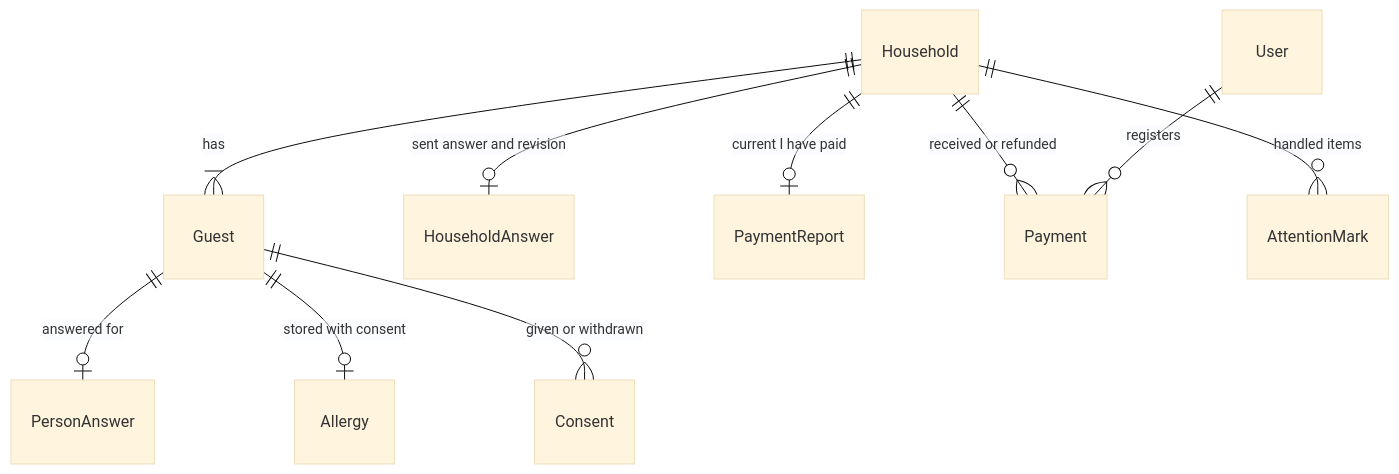
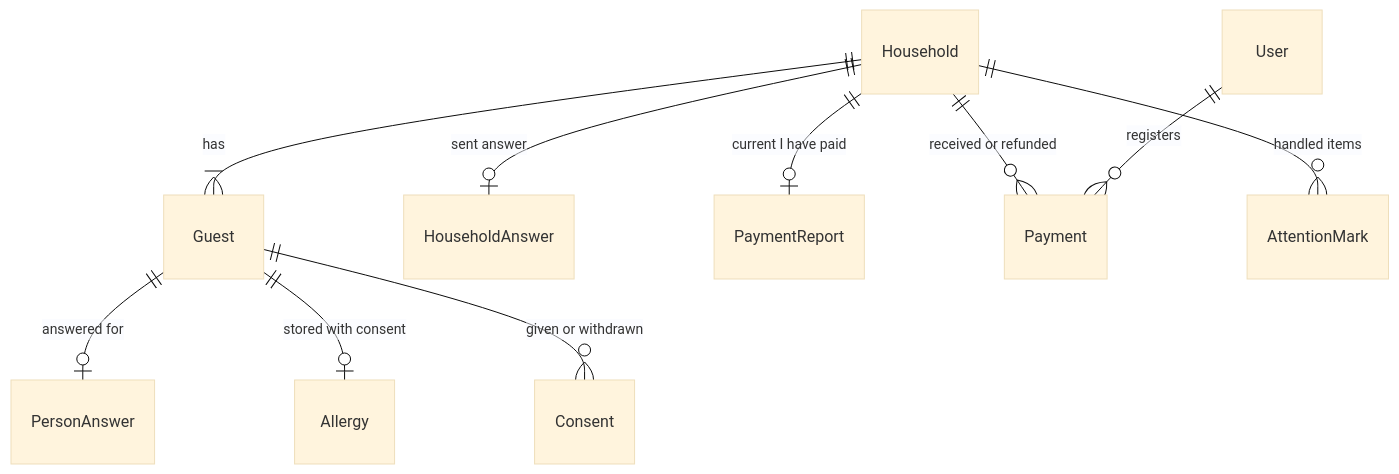
Before and after one commit to IBE160-2026/G26-dvergsdal: the second of 3 diagrams in .docs/planning-artifacts/architecture/architecture-aill-handle-it-2026-11-16/ARCHITECTURE-SPINE.md, drawn with Mermaid (base theme). The commit also changed other lines of this file and 1 other file, not shown here.

````diff
--- a/.docs/planning-artifacts/architecture/architecture-aill-handle-it-2026-11-16/ARCHITECTURE-SPINE.md
+++ b/.docs/planning-artifacts/architecture/architecture-aill-handle-it-2026-11-16/ARCHITECTURE-SPINE.md
@@ -312,12 +313,12 @@
 ```mermaid
 erDiagram
   Household ||--|{ Guest : has
-  Household ||--o| HouseholdAnswer : "sent answer and revision"
+  Household ||--o| HouseholdAnswer : "sent answer"
   Guest ||--o| PersonAnswer : "answered for"
   Guest ||--o| Allergy : "stored with consent"
   Guest ||--o{ Consent : "given or withdrawn"
   Household ||--o| PaymentReport : "current I have paid"
   Household ||--o{ Payment : "received or refunded"
   Household ||--o{ AttentionMark : "handled items"
   User ||--o{ Payment : registers
 ```
````
